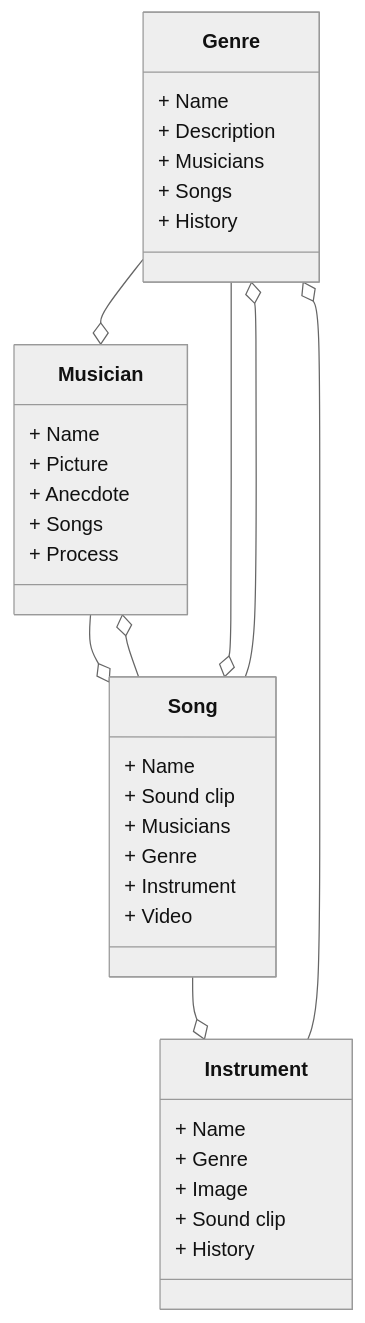
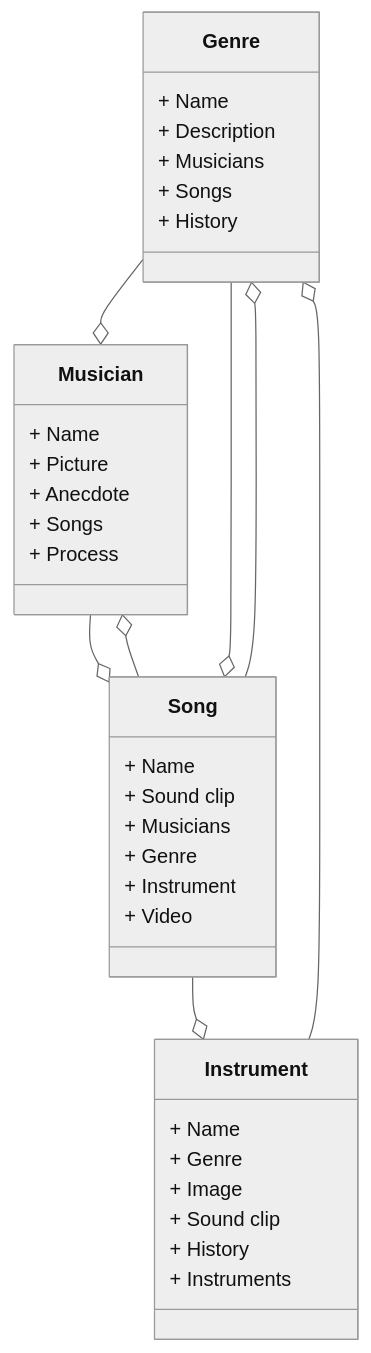
The diagram in README.md (travis-kuenzi/Mongo-Driven-Website-Term-Project), drawn with Mermaid (neutral theme) before and after one commit.

````diff
--- a/README.md
+++ b/README.md
@@ -11,47 +11,48 @@
 ```mermaid
 classDiagram 
     class Genre {
       + Name
       + Description
       + Musicians
       + Songs
       + History
     }
 
     class Musician {
       + Name
       + Picture
       + Anecdote
       + Songs
       + Process
     }
 
     class Song {
       + Name
       + Sound clip
       + Musicians
       + Genre
       + Instrument
       + Video
     }
 
     class Instrument {
       + Name
       + Genre
       + Image
       + Sound clip
       + History
+      + Instruments
     }
 
     %%Links between entities - don't worry too much about details
     Musician --o Song
 
     Genre --o Musician
     Genre --o Song
 
     Song --o Musician
     Song --o Genre
     Song --o Instrument
 
     Instrument --o Genre
 ```
````
